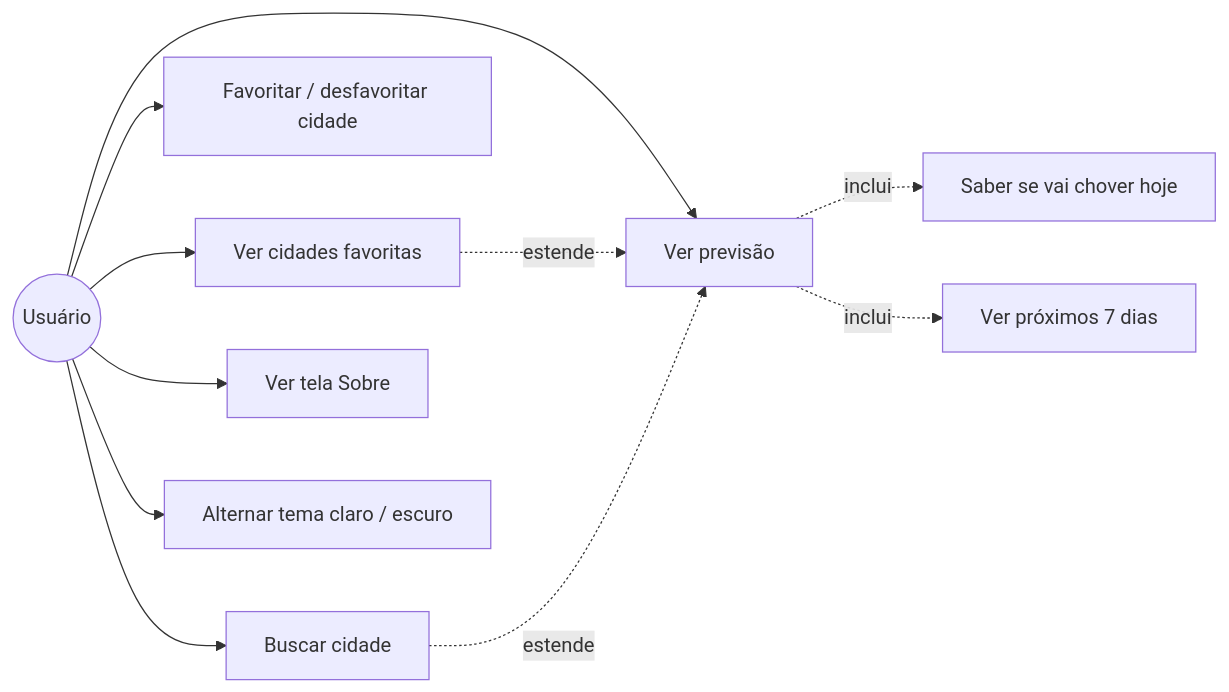
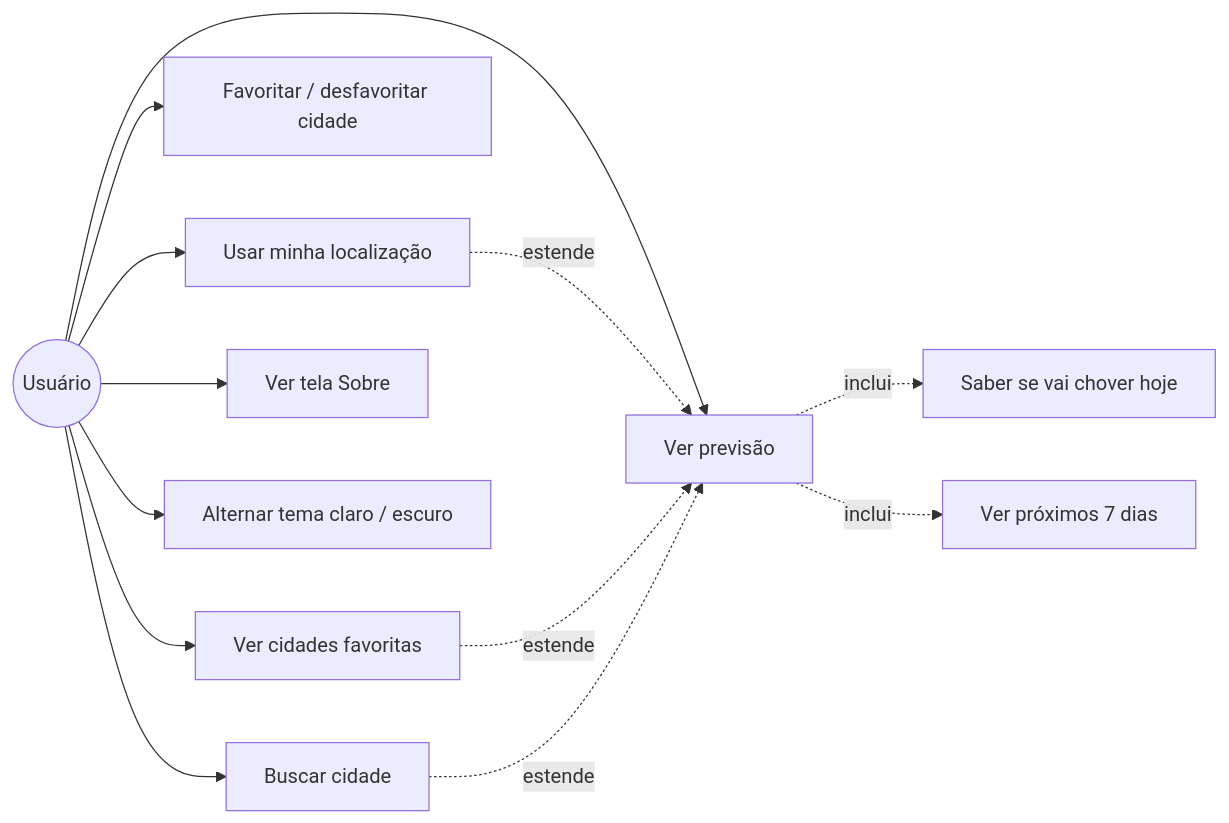
The first of 6 diagrams in README.md (evertton82/chove-ou-nao-chove), drawn with Mermaid before and after one commit. The commit also changed other lines of this file, not shown here.

Commit message:
Atualiza README com a localização

````diff
--- a/README.md
+++ b/README.md
@@ -60,14 +61,16 @@
 ```mermaid
 flowchart LR
     U((Usuário))
     U --> UC1[Buscar cidade]
     U --> UC2[Ver previsão]
     U --> UC3[Favoritar / desfavoritar cidade]
     U --> UC4[Ver cidades favoritas]
     U --> UC5[Ver tela Sobre]
     U --> UC8[Alternar tema claro / escuro]
+    U --> UC9[Usar minha localização]
+    UC9 -. estende .-> UC2
     UC2 -. inclui .-> UC6[Saber se vai chover hoje]
     UC2 -. inclui .-> UC7[Ver próximos 7 dias]
     UC4 -. estende .-> UC2
     UC1 -. estende .-> UC2
 ```
````
